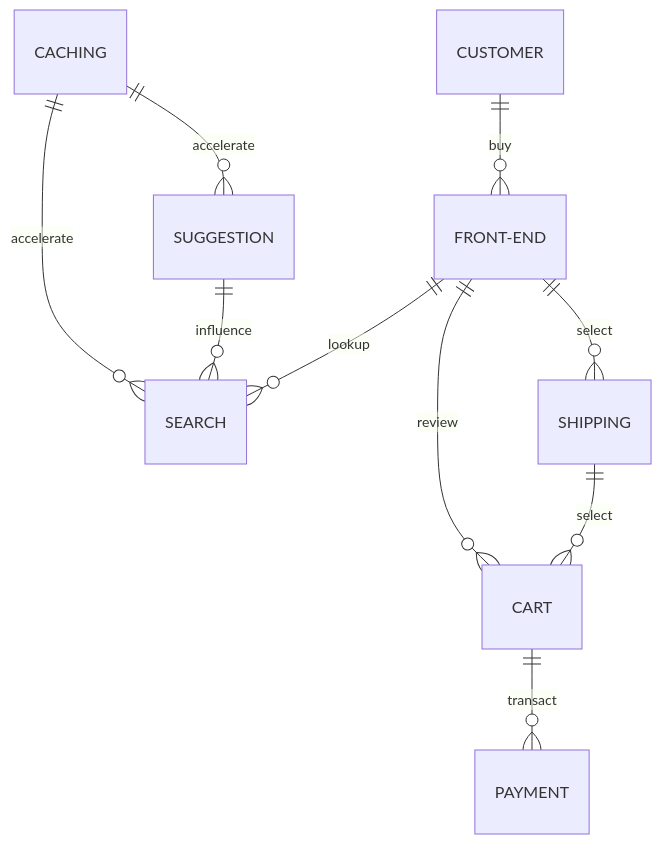
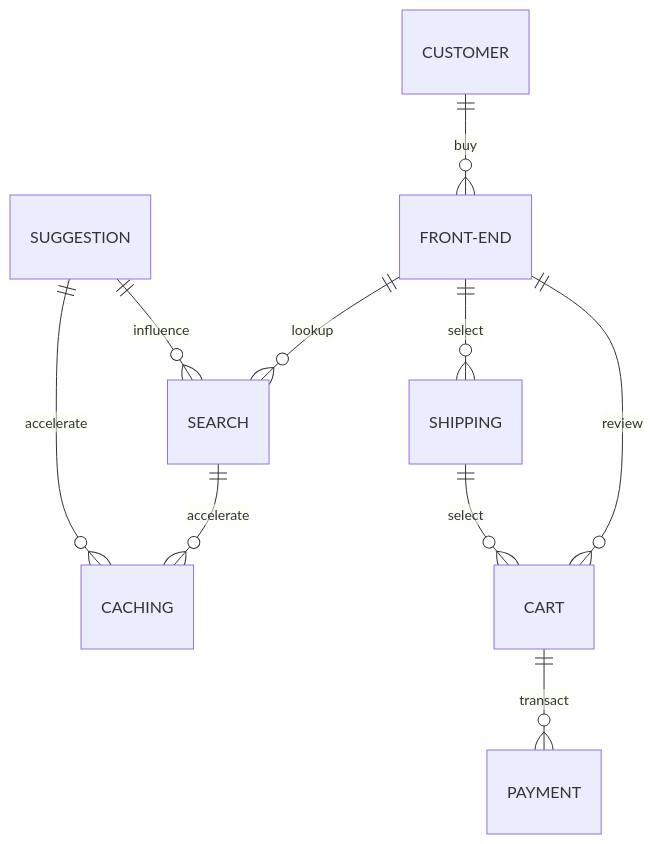
The second of 2 diagrams in docs/concepts.md (beezy-cloud/project-pancake), drawn with Mermaid before and after one commit.

````diff
--- a/docs/concepts.md
+++ b/docs/concepts.md
@@ -62,12 +62,12 @@
 ```mermaid
    erDiagram
    CUSTOMER ||--o{ FRONT-END : buy
    FRONT-END ||--o{ SEARCH : lookup
    SUGGESTION ||--o{ SEARCH : influence
-   CACHING ||--o{ SEARCH : accelerate
-   CACHING ||--o{ SUGGESTION : accelerate
+   SEARCH ||--o{ CACHING : accelerate
+   SUGGESTION ||--o{ CACHING : accelerate
    FRONT-END ||--o{ CART : review
    FRONT-END ||--o{ SHIPPING : select
    SHIPPING ||--o{ CART : select
    CART ||--o{ PAYMENT : transact
 ```
````
